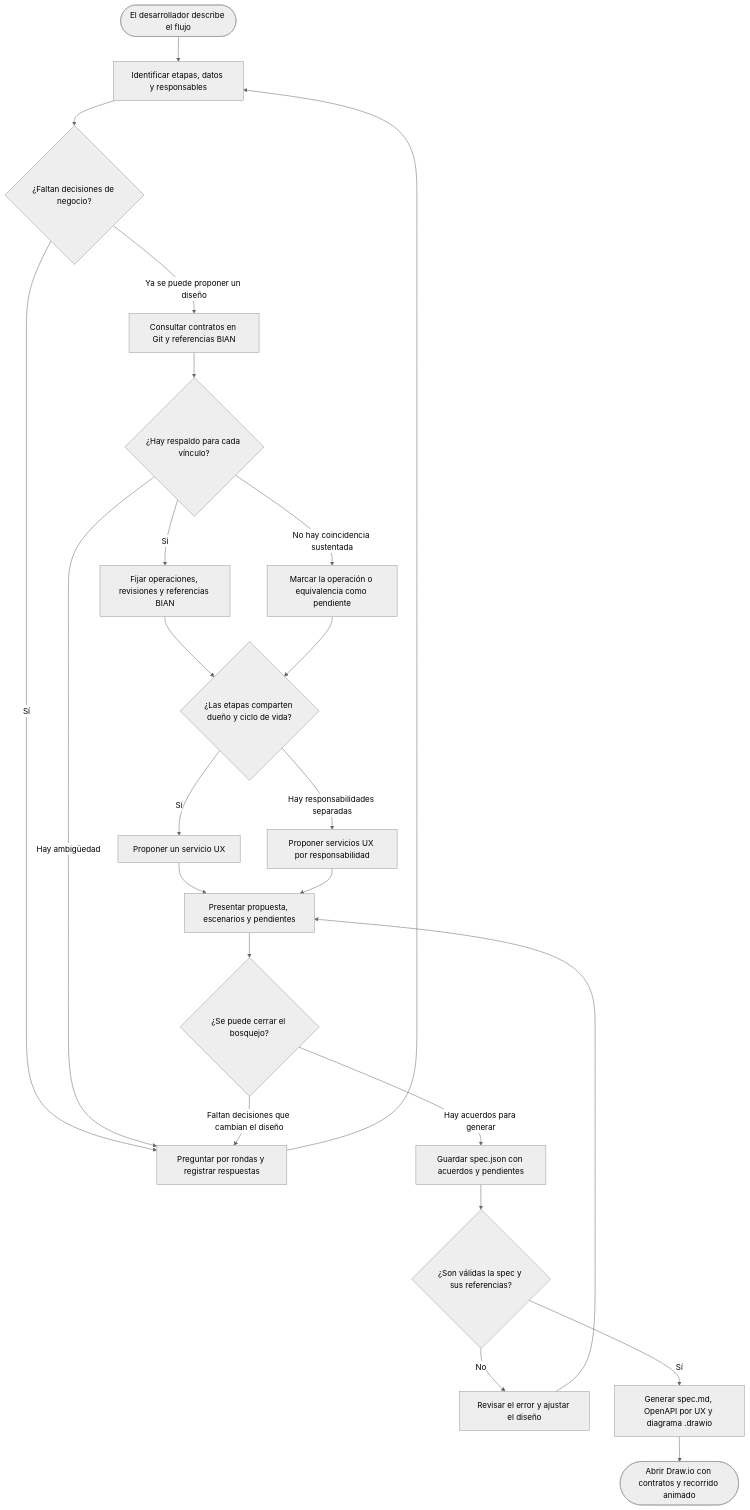
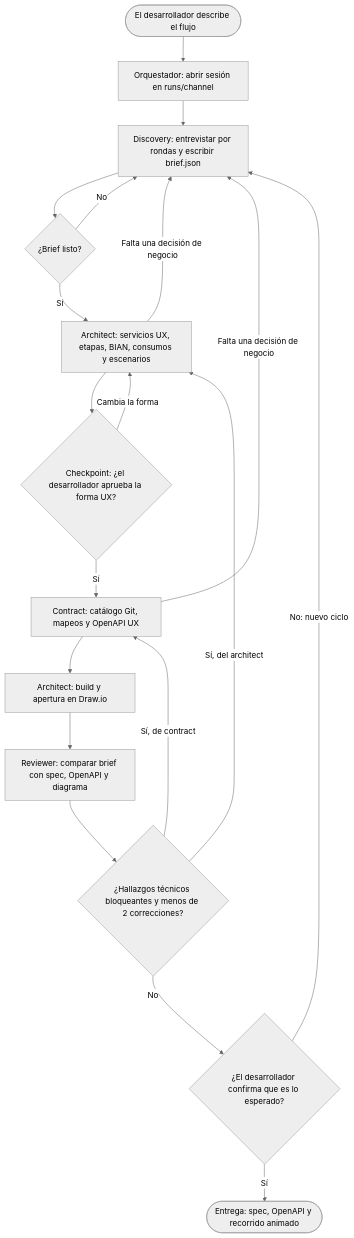
Before and after one commit to DiegoAlosilla/agenticos: the diagram in docs/channel-design.md, drawn with Mermaid (neutral theme). The commit also changed other lines of this file and 11 other files, not shown here.

````diff
--- a/docs/channel-design.md
+++ b/docs/channel-design.md
@@ -7,26 +7,21 @@
 ```mermaid
 flowchart TD
-    solicitud([El desarrollador describe el flujo]) --> alcance[Identificar etapas, datos y responsables]
-    alcance --> preguntas{¿Faltan decisiones de negocio?}
-    preguntas -->|Sí| entrevista[Preguntar por rondas y registrar respuestas]
-    entrevista --> alcance
-    preguntas -->|Ya se puede proponer un diseño| fuentes[Consultar contratos en Git y referencias BIAN]
-    fuentes --> evidencia{¿Hay respaldo para cada vínculo?}
-    evidencia -->|Sí| vinculos[Fijar operaciones, revisiones y referencias BIAN]
-    evidencia -->|Hay ambigüedad| entrevista
-    evidencia -->|No hay coincidencia sustentada| pendientes[Marcar la operación o equivalencia como pendiente]
-    vinculos --> limites{¿Las etapas comparten dueño y ciclo de vida?}
-    pendientes --> limites
-    limites -->|Sí| uno[Proponer un servicio UX]
-    limites -->|Hay responsabilidades separadas| varios[Proponer servicios UX por responsabilidad]
-    uno --> revision[Presentar propuesta, escenarios y pendientes]
-    varios --> revision
-    revision --> acuerdo{¿Se puede cerrar el bosquejo?}
-    acuerdo -->|Faltan decisiones que cambian el diseño| entrevista
-    acuerdo -->|Hay acuerdos para generar| spec[Guardar spec.json con acuerdos y pendientes]
-    spec --> validacion{¿Son válidas la spec y sus referencias?}
-    validacion -->|No| correccion[Revisar el error y ajustar el diseño]
-    correccion --> revision
-    validacion -->|Sí| entrega[Generar spec.md, OpenAPI por UX y diagrama .drawio]
-    entrega --> editor([Abrir Draw.io con contratos y recorrido animado])
+    solicitud([El desarrollador describe el flujo]) --> sesion[Orquestador: abrir sesión en runs/channel]
+    sesion --> discovery[Discovery: entrevistar por rondas y escribir brief.json]
+    discovery --> listo{¿Brief listo?}
+    listo -->|No| discovery
+    listo -->|Sí| architect[Architect: servicios UX, etapas, BIAN, consumos y escenarios]
+    architect -->|Falta una decisión de negocio| discovery
+    architect --> checkpoint{Checkpoint: ¿el desarrollador aprueba la forma UX?}
+    checkpoint -->|Cambia la forma| architect
+    checkpoint -->|Sí| contract[Contract: catálogo Git, mapeos y OpenAPI UX]
+    contract -->|Falta una decisión de negocio| discovery
+    contract --> build[Architect: build y apertura en Draw.io]
+    build --> reviewer[Reviewer: comparar brief con spec, OpenAPI y diagrama]
+    reviewer --> tecnico{¿Hallazgos técnicos bloqueantes y menos de 2 correcciones?}
+    tecnico -->|Sí, del architect| architect
+    tecnico -->|Sí, de contract| contract
+    tecnico -->|No| cierre{¿El desarrollador confirma que es lo esperado?}
+    cierre -->|No: nuevo ciclo| discovery
+    cierre -->|Sí| editor([Entrega: spec, OpenAPI y recorrido animado])
 ```
````
